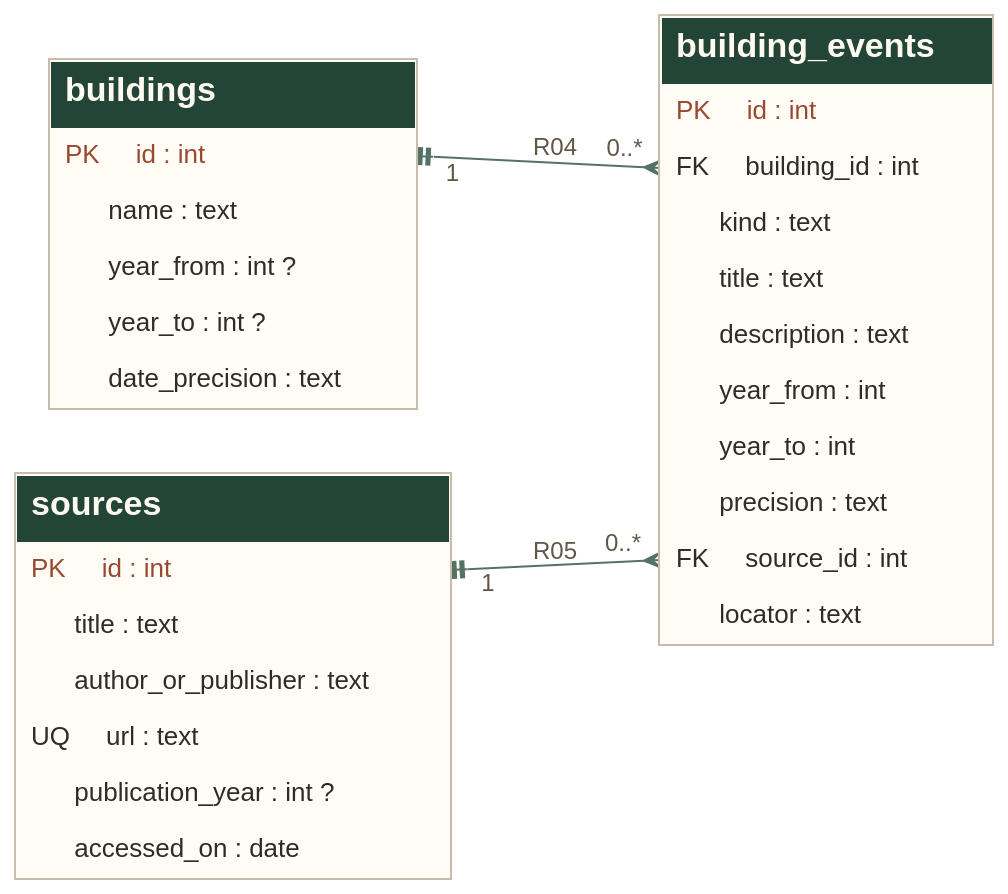
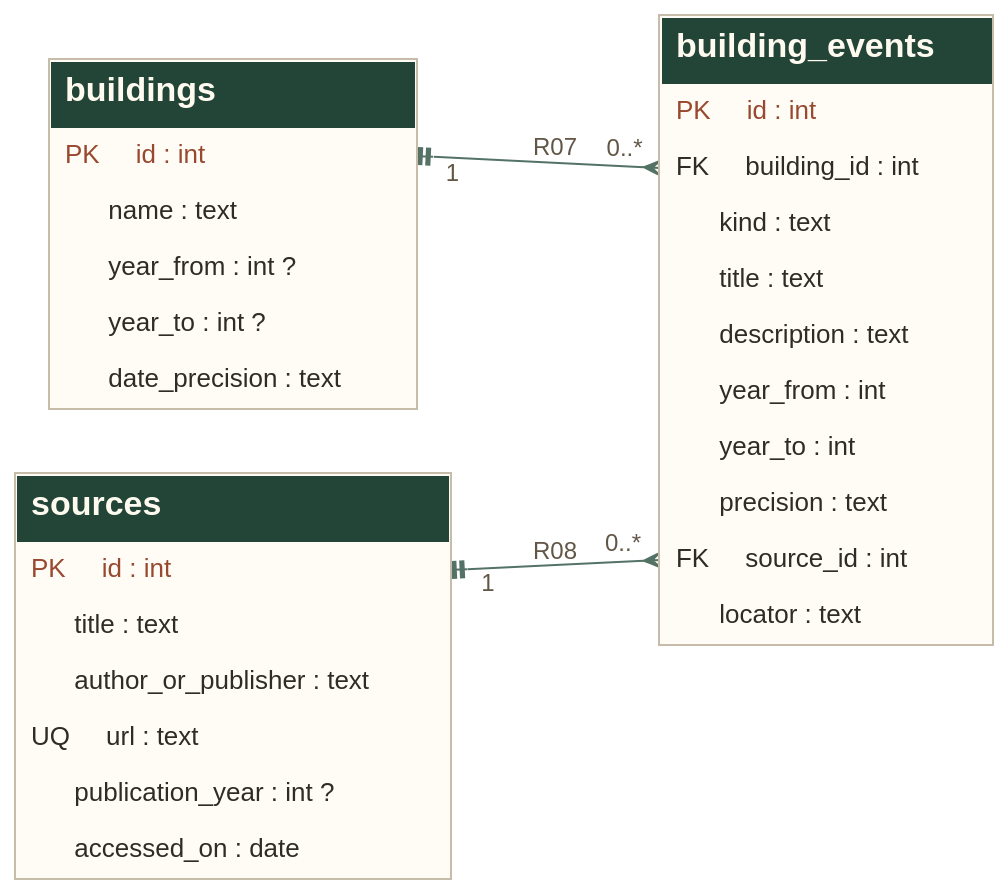
One commit to SamarthNayak99/vastukala changed the diagram in docs/diagrams/06-events.dot. Above: the diagram before and after it, drawn with Graphviz. The commit also changed 60 other files, not shown here.

```diff
--- a/docs/diagrams/06-events.dot
+++ b/docs/diagrams/06-events.dot
@@ -1,6 +1,6 @@
 digraph ER {graph [rankdir=LR,bgcolor="transparent",pad=.25,nodesep=.45,ranksep=1.1,splines=polyline,outputorder=edgesfirst];node [shape=plain,fontname="Helvetica"];edge [fontname="Helvetica",fontsize=12,fontcolor="#625747",arrowsize=.8,labeldistance=2];"buildings" [label=<<TABLE BORDER="1" CELLBORDER="0" CELLSPACING="0" CELLPADDING="7" COLOR="#c6bca9" BGCOLOR="#fffcf6"><TR><TD ALIGN="LEFT" BGCOLOR="#234537"><FONT FACE="Helvetica" COLOR="#fffaf0" POINT-SIZE="17"><B>buildings</B></FONT></TD></TR><TR><TD PORT="id" ALIGN="LEFT"><FONT FACE="Helvetica" POINT-SIZE="13" COLOR="#984930">PK     id : int</FONT></TD></TR><TR><TD PORT="name" ALIGN="LEFT"><FONT FACE="Helvetica" POINT-SIZE="13" COLOR="#302c25">       name : text</FONT></TD></TR><TR><TD PORT="year_from" ALIGN="LEFT"><FONT FACE="Helvetica" POINT-SIZE="13" COLOR="#302c25">       year_from : int ?</FONT></TD></TR><TR><TD PORT="year_to" ALIGN="LEFT"><FONT FACE="Helvetica" POINT-SIZE="13" COLOR="#302c25">       year_to : int ?</FONT></TD></TR><TR><TD PORT="date_precision" ALIGN="LEFT"><FONT FACE="Helvetica" POINT-SIZE="13" COLOR="#302c25">       date_precision : text</FONT></TD></TR></TABLE>>];
 "sources" [label=<<TABLE BORDER="1" CELLBORDER="0" CELLSPACING="0" CELLPADDING="7" COLOR="#c6bca9" BGCOLOR="#fffcf6"><TR><TD ALIGN="LEFT" BGCOLOR="#234537"><FONT FACE="Helvetica" COLOR="#fffaf0" POINT-SIZE="17"><B>sources</B></FONT></TD></TR><TR><TD PORT="id" ALIGN="LEFT"><FONT FACE="Helvetica" POINT-SIZE="13" COLOR="#984930">PK     id : int</FONT></TD></TR><TR><TD PORT="title" ALIGN="LEFT"><FONT FACE="Helvetica" POINT-SIZE="13" COLOR="#302c25">       title : text</FONT></TD></TR><TR><TD PORT="author_or_publisher" ALIGN="LEFT"><FONT FACE="Helvetica" POINT-SIZE="13" COLOR="#302c25">       author_or_publisher : text</FONT></TD></TR><TR><TD PORT="url" ALIGN="LEFT"><FONT FACE="Helvetica" POINT-SIZE="13" COLOR="#302c25">UQ     url : text</FONT></TD></TR><TR><TD PORT="publication_year" ALIGN="LEFT"><FONT FACE="Helvetica" POINT-SIZE="13" COLOR="#302c25">       publication_year : int ?</FONT></TD></TR><TR><TD PORT="accessed_on" ALIGN="LEFT"><FONT FACE="Helvetica" POINT-SIZE="13" COLOR="#302c25">       accessed_on : date</FONT></TD></TR></TABLE>>];
 "building_events" [label=<<TABLE BORDER="1" CELLBORDER="0" CELLSPACING="0" CELLPADDING="7" COLOR="#c6bca9" BGCOLOR="#fffcf6"><TR><TD ALIGN="LEFT" BGCOLOR="#234537"><FONT FACE="Helvetica" COLOR="#fffaf0" POINT-SIZE="17"><B>building_events</B></FONT></TD></TR><TR><TD PORT="id" ALIGN="LEFT"><FONT FACE="Helvetica" POINT-SIZE="13" COLOR="#984930">PK     id : int</FONT></TD></TR><TR><TD PORT="building_id" ALIGN="LEFT"><FONT FACE="Helvetica" POINT-SIZE="13" COLOR="#302c25">FK     building_id : int</FONT></TD></TR><TR><TD PORT="kind" ALIGN="LEFT"><FONT FACE="Helvetica" POINT-SIZE="13" COLOR="#302c25">       kind : text</FONT></TD></TR><TR><TD PORT="title" ALIGN="LEFT"><FONT FACE="Helvetica" POINT-SIZE="13" COLOR="#302c25">       title : text</FONT></TD></TR><TR><TD PORT="description" ALIGN="LEFT"><FONT FACE="Helvetica" POINT-SIZE="13" COLOR="#302c25">       description : text</FONT></TD></TR><TR><TD PORT="year_from" ALIGN="LEFT"><FONT FACE="Helvetica" POINT-SIZE="13" COLOR="#302c25">       year_from : int</FONT></TD></TR><TR><TD PORT="year_to" ALIGN="LEFT"><FONT FACE="Helvetica" POINT-SIZE="13" COLOR="#302c25">       year_to : int</FONT></TD></TR><TR><TD PORT="precision" ALIGN="LEFT"><FONT FACE="Helvetica" POINT-SIZE="13" COLOR="#302c25">       precision : text</FONT></TD></TR><TR><TD PORT="source_id" ALIGN="LEFT"><FONT FACE="Helvetica" POINT-SIZE="13" COLOR="#302c25">FK     source_id : int</FONT></TD></TR><TR><TD PORT="locator" ALIGN="LEFT"><FONT FACE="Helvetica" POINT-SIZE="13" COLOR="#302c25">       locator : text</FONT></TD></TR></TABLE>>];
-"buildings":id -> "building_events":building_id [dir=both,arrowtail=teetee,arrowhead=ocrow,taillabel="1",headlabel="0..*",label="R04",style=solid,color="#547265"];
-"sources":id -> "building_events":source_id [dir=both,arrowtail=teetee,arrowhead=ocrow,taillabel="1",headlabel="0..*",label="R05",style=solid,color="#547265"];
+"buildings":id -> "building_events":building_id [dir=both,arrowtail=teetee,arrowhead=ocrow,taillabel="1",headlabel="0..*",label="R07",style=solid,color="#547265"];
+"sources":id -> "building_events":source_id [dir=both,arrowtail=teetee,arrowhead=ocrow,taillabel="1",headlabel="0..*",label="R08",style=solid,color="#547265"];
 }
```
